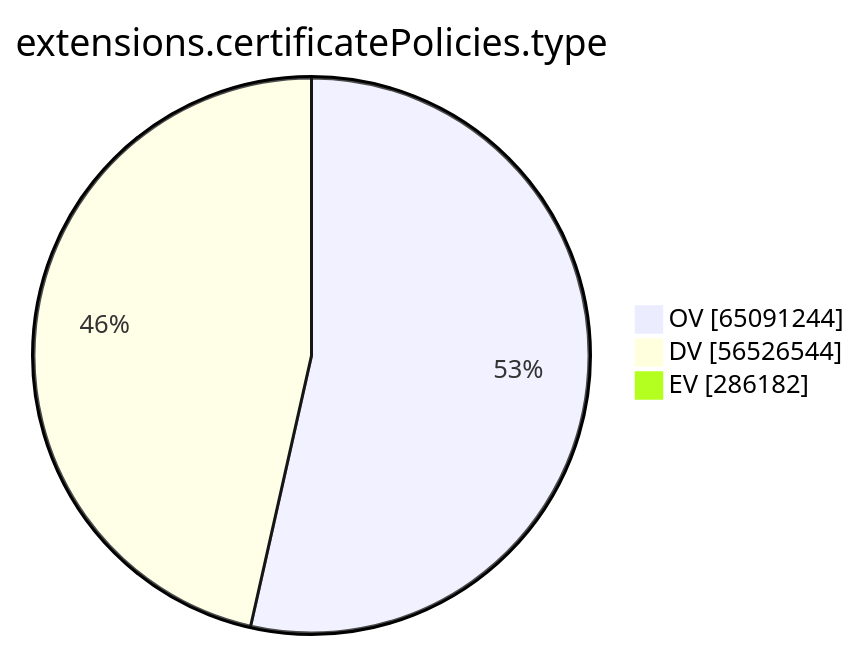
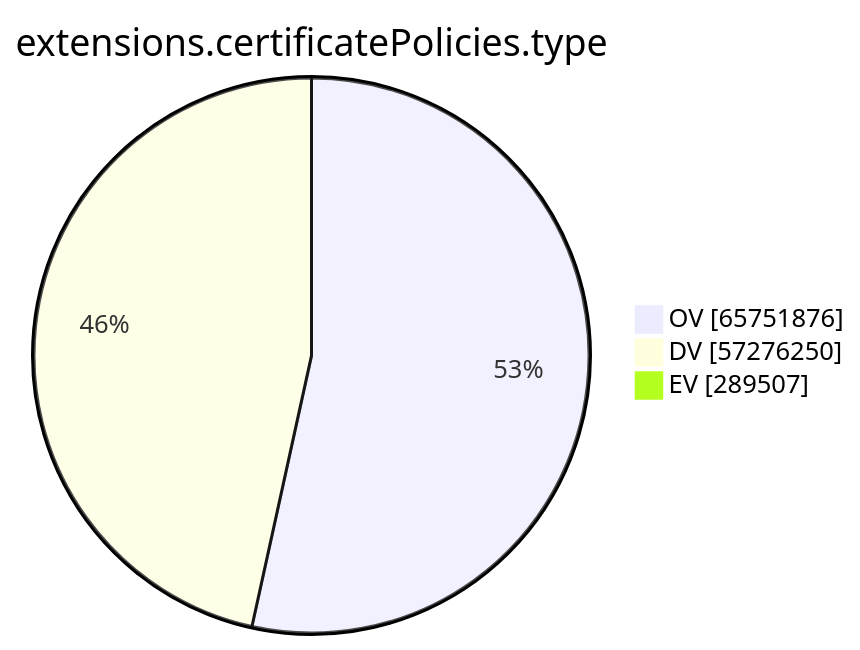
Before and after one commit to christiankrug/ctmonitor_visualization: the ninth of 15 diagrams in xenon2023/README.md, drawn with Mermaid. The commit also changed other lines of this file, not shown here.

````diff
--- a/xenon2023/README.md
+++ b/xenon2023/README.md
@@ -2162,7 +2165,7 @@
 ```mermaid
 pie showData
 title extensions.certificatePolicies.type
-"OV" :65091244
-"DV" :56526544
-"EV" :286182
+"OV" :65751876
+"DV" :57276250
+"EV" :289507
 ```
````
